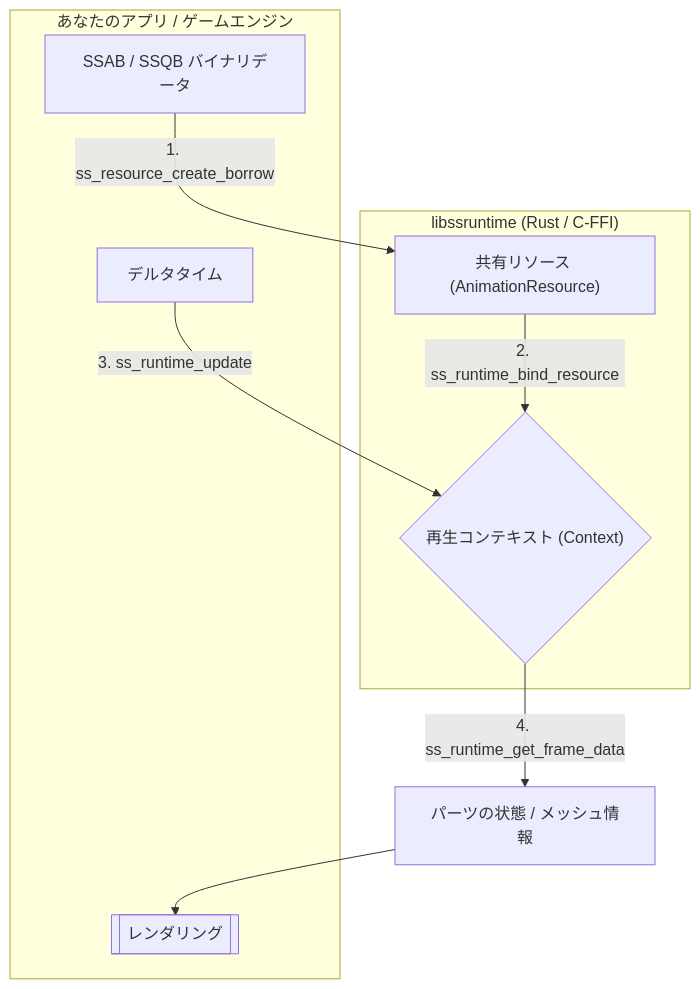
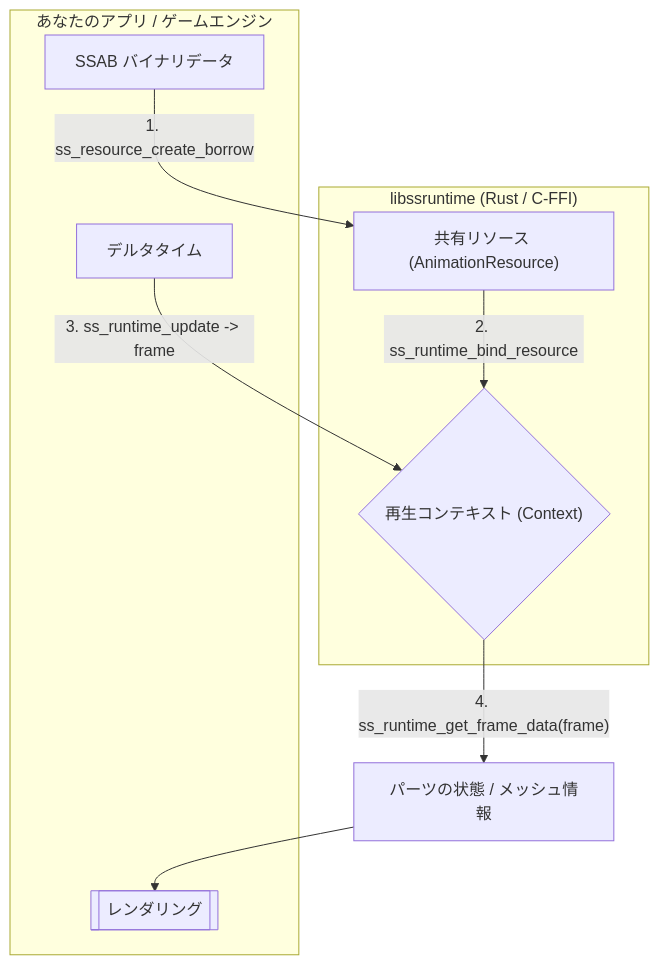
The diagram in libs/ssruntime/README.ja.md (cri-middleware/SpriteStudio-SDK), drawn with Mermaid before and after one commit. The commit also changed other lines of this file and 1 other file, not shown here.

Commit message:
update ssruntime README mermeid.

````diff
--- a/libs/ssruntime/README.ja.md
+++ b/libs/ssruntime/README.ja.md
@@ -56,19 +56,19 @@
 ```mermaid
 graph TD
     subgraph App ["あなたのアプリ / ゲームエンジン"]
-        RAW[" SSAB / SSQB バイナリデータ "]
+        RAW[" SSAB バイナリデータ "]
         DT[" デルタタイム "]
         DRAW[[" レンダリング "]]
     end
 
     subgraph SSRuntime ["libssruntime (Rust / C-FFI)"]
         RES[" 共有リソース (AnimationResource) "]
         CTX{" 再生コンテキスト (Context) "}
     end
 
     RAW -->|1. ss_resource_create_borrow| RES
     RES -->|2. ss_runtime_bind_resource| CTX
-    DT -->|3. ss_runtime_update| CTX
-    CTX -->|4. ss_runtime_get_frame_data| STATE[" パーツの状態 / メッシュ情報 "]
+    DT -->|"3. ss_runtime_update -> frame"| CTX
+    CTX -->|"4. ss_runtime_get_frame_data(frame)"| STATE[" パーツの状態 / メッシュ情報 "]
     STATE --> DRAW
 ```
````
